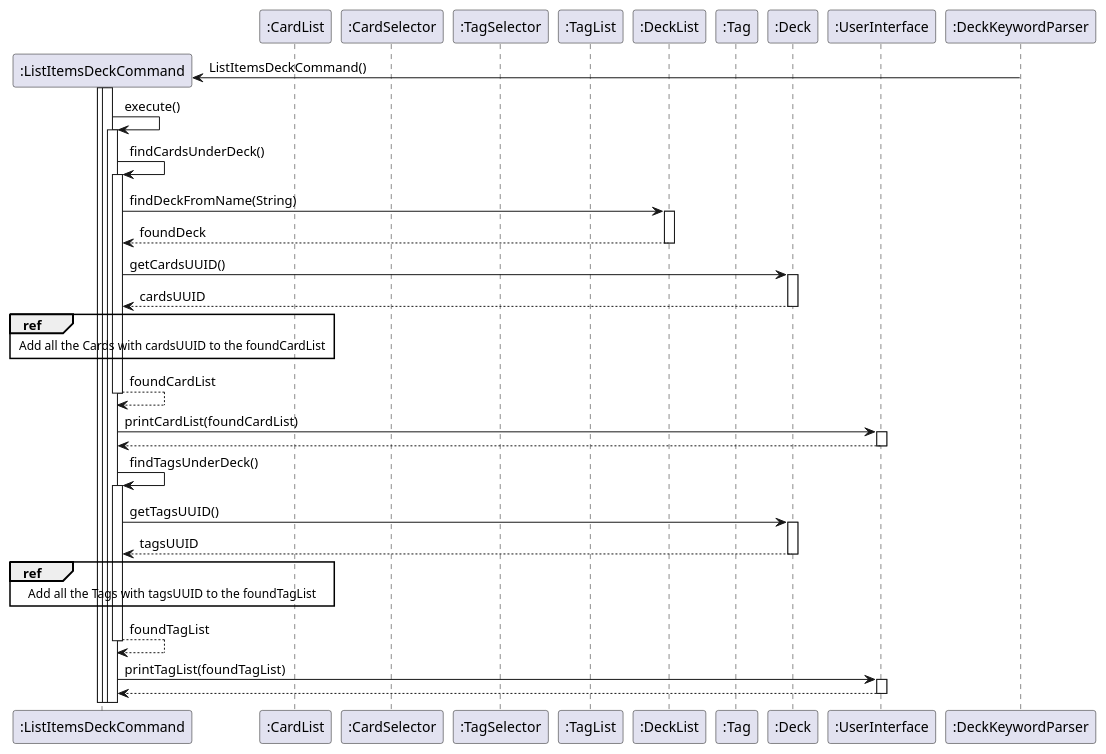
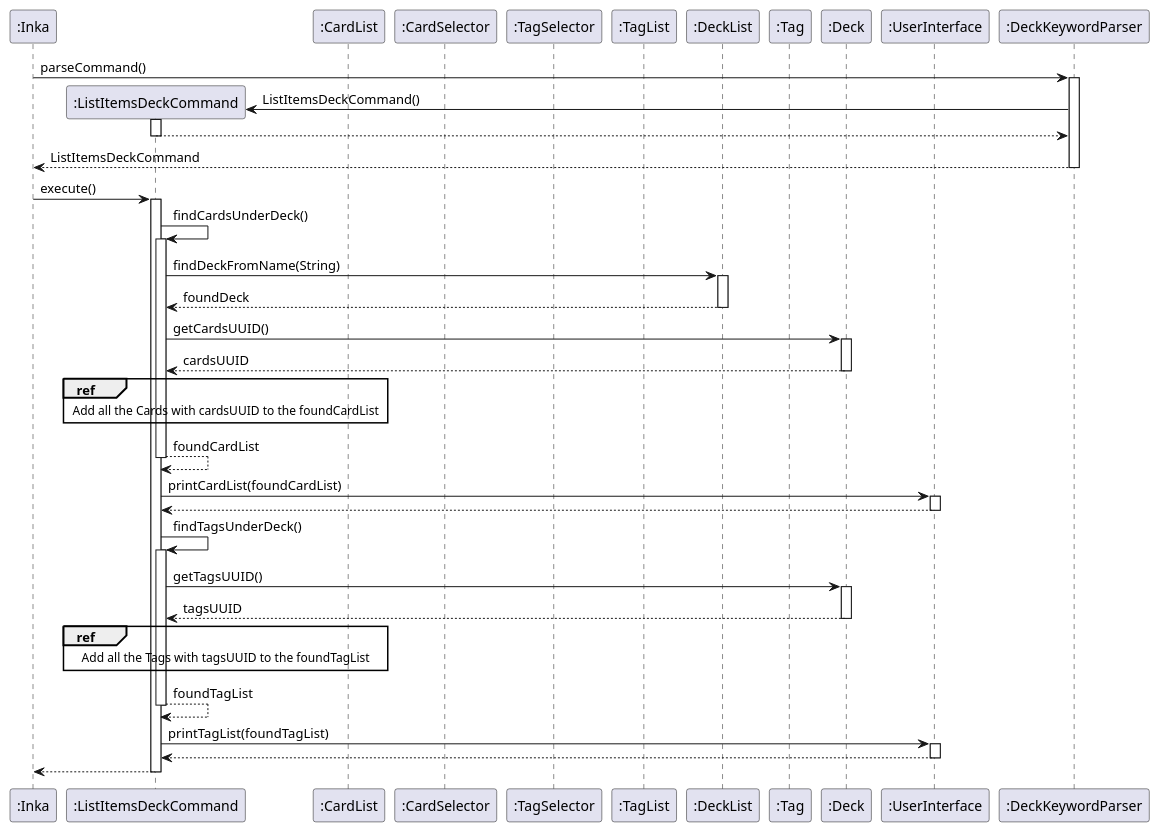
One commit to nus-cs2113-AY2223S2/tp changed the diagram in docs/uml/ListItemsDeck.puml. Above: the diagram before and after it, drawn with PlantUML. The commit also changed 9 other files, not shown here.

Commit message:
Update sequence diagrams for more accurate constructor calls and etc

```diff
--- a/docs/uml/ListItemsDeck.puml
+++ b/docs/uml/ListItemsDeck.puml
@@ -1,53 +1,58 @@
-@startuml
+@startuml ListItemsDeckCommand
 autoactivate on
 
+participant ":Inka" as Inka
 participant ":ListItemsDeckCommand" as ListItemsDeckCommand
 participant ":TagList" as TagList
 participant ":CardList" as CardList
 participant ":CardSelector" as CardSelector
 participant ":TagSelector" as TagSelector
 participant ":TagList" as TagList
 participant ":DeckList" as DeckList
 participant ":Tag" as Tag
 participant ":Deck" as Deck
 
 participant ":UserInterface" as UserInterface
 participant ":DeckKeywordParser" as DeckKeywordParser
 
+Inka -> DeckKeywordParser : parseCommand()
 
 Create ListItemsDeckCommand
 DeckKeywordParser -> ListItemsDeckCommand : ListItemsDeckCommand()
-activate ListItemsDeckCommand
+return
+return ListItemsDeckCommand
 
-ListItemsDeckCommand -> ListItemsDeckCommand : execute()
+Inka -> ListItemsDeckCommand : execute()
 ListItemsDeckCommand -> ListItemsDeckCommand : findCardsUnderDeck()
 ListItemsDeckCommand -> DeckList : findDeckFromName(String)
 return foundDeck
 
 ListItemsDeckCommand -> Deck : getCardsUUID()
 return cardsUUID
 
 ref over ListItemsDeckCommand, CardList
 Add all the Cards with cardsUUID to the foundCardList
 end ref
 return foundCardList
 ListItemsDeckCommand -> UserInterface : printCardList(foundCardList)
 return
 
 'start of listing the tags'
 
 ListItemsDeckCommand -> ListItemsDeckCommand : findTagsUnderDeck()
 
 ListItemsDeckCommand -> Deck : getTagsUUID()
 return tagsUUID
 
 ref over ListItemsDeckCommand, CardList
 Add all the Tags with tagsUUID to the foundTagList
 end ref
 
 return foundTagList
 ListItemsDeckCommand -> UserInterface : printTagList(foundTagList)
 return
 
+return
+
 
 @enduml
```
